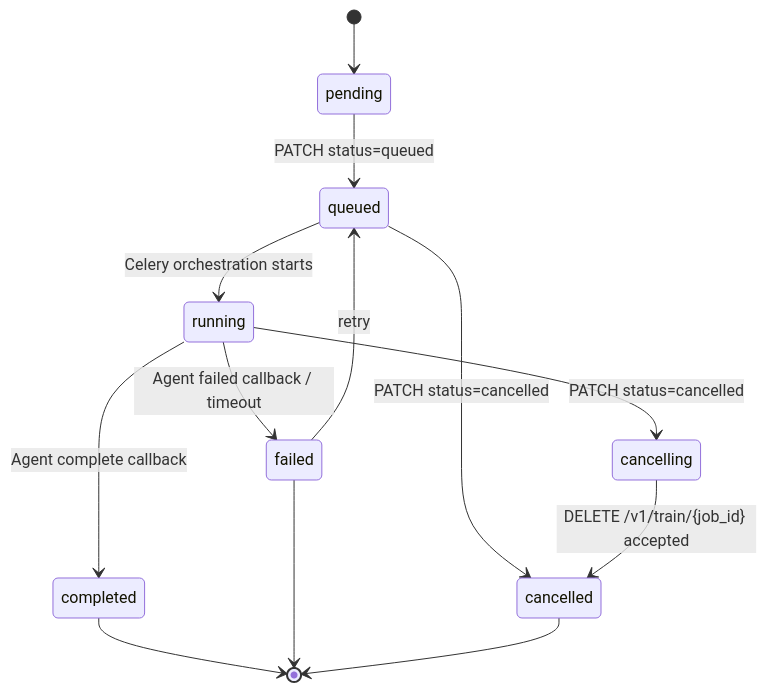
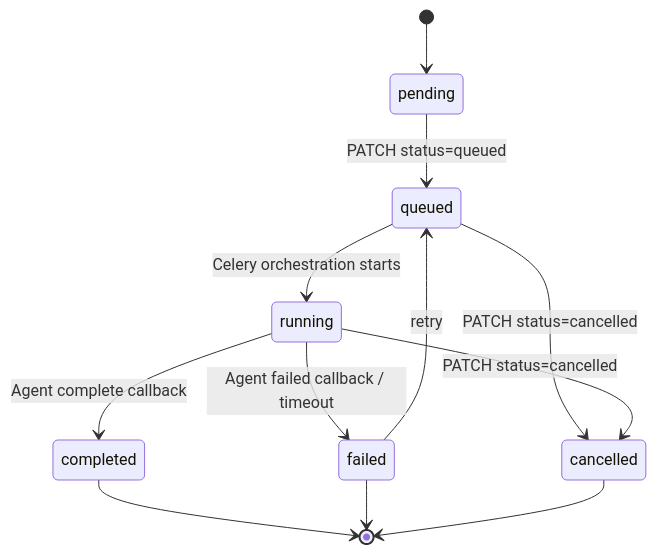
One commit to the-visiox/visiox changed the third of 4 diagrams in docs/TRAIN.md. Above: the diagram before and after it, drawn with Mermaid. The commit also changed other lines of this file and 6 other files, not shown here.

First line of the commit message:
Refactor documentation and remove roadmap

````diff
--- a/docs/TRAIN.md
+++ b/docs/TRAIN.md
@@ -282,17 +240,16 @@
 ```mermaid
 stateDiagram-v2
     [*] --> pending
     pending --> queued: PATCH status=queued
     failed --> queued: retry
 
     queued --> running: Celery orchestration starts
     running --> completed: Agent complete callback
     running --> failed: Agent failed callback / timeout
     queued --> cancelled: PATCH status=cancelled
-    running --> cancelling: PATCH status=cancelled
-    cancelling --> cancelled: DELETE /v1/train/{job_id} accepted
+    running --> cancelled: PATCH status=cancelled
 
     completed --> [*]
     failed --> [*]
     cancelled --> [*]
 ```
````
